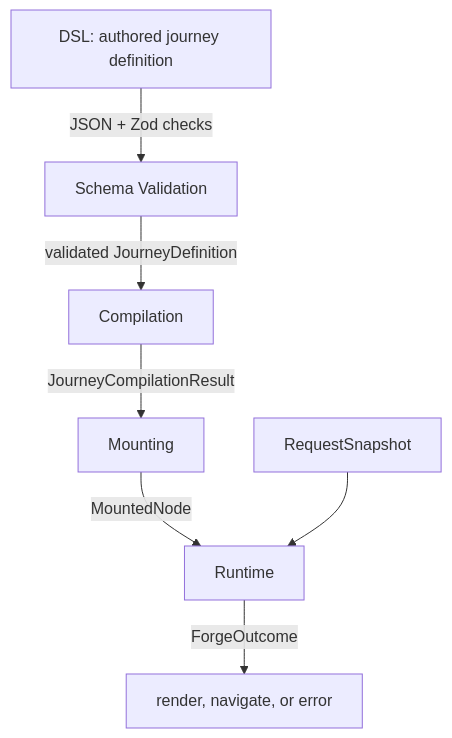
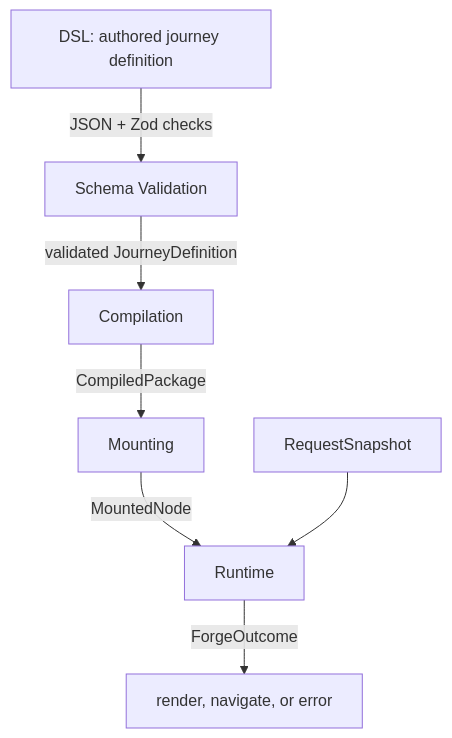
The first of 3 diagrams in packages/forge-core/src/engine/README.md (ministryofjustice/hmpps-forge), drawn with Mermaid before and after one commit. The commit also changed other lines of this file and 23 other files, not shown here.

````diff
--- a/packages/forge-core/src/engine/README.md
+++ b/packages/forge-core/src/engine/README.md
@@ -17,9 +17,9 @@
 ```mermaid
 flowchart TD
   dsl["DSL: authored journey definition"] -->|"JSON + Zod checks"| schema["Schema Validation"]
   schema -->|"validated JourneyDefinition"| compilation["Compilation"]
-  compilation -->|"JourneyCompilationResult"| mounting["Mounting"]
+  compilation -->|"CompiledPackage"| mounting["Mounting"]
   mounting -->|"MountedNode"| runtime["Runtime"]
   request["RequestSnapshot"] --> runtime
   runtime -->|"ForgeOutcome"| outcome["render, navigate, or error"]
 ```
````
